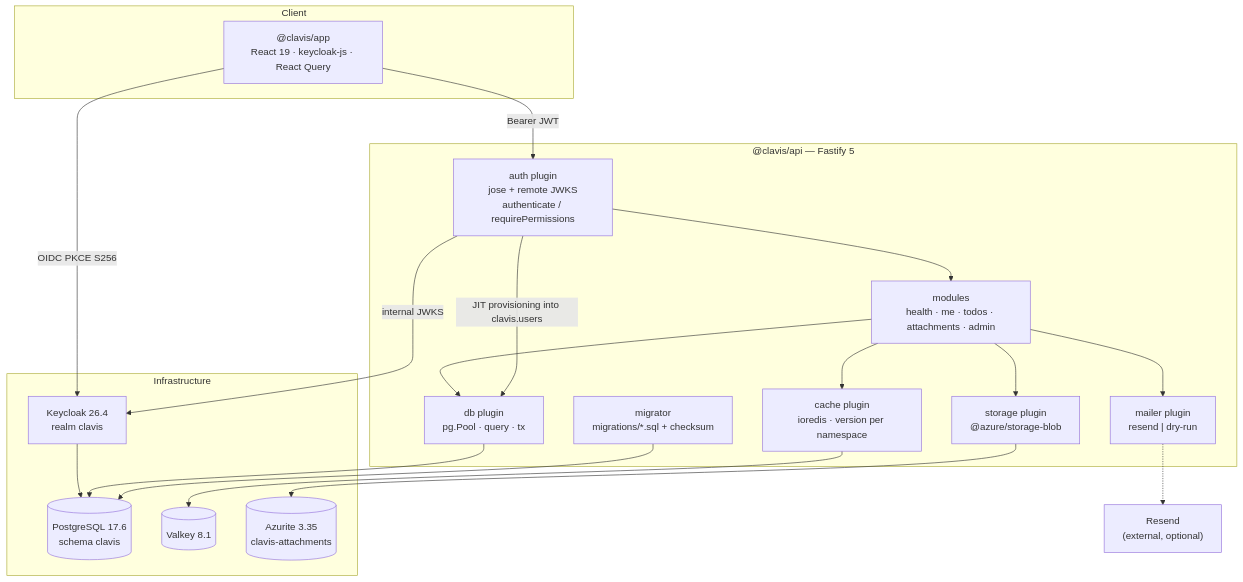
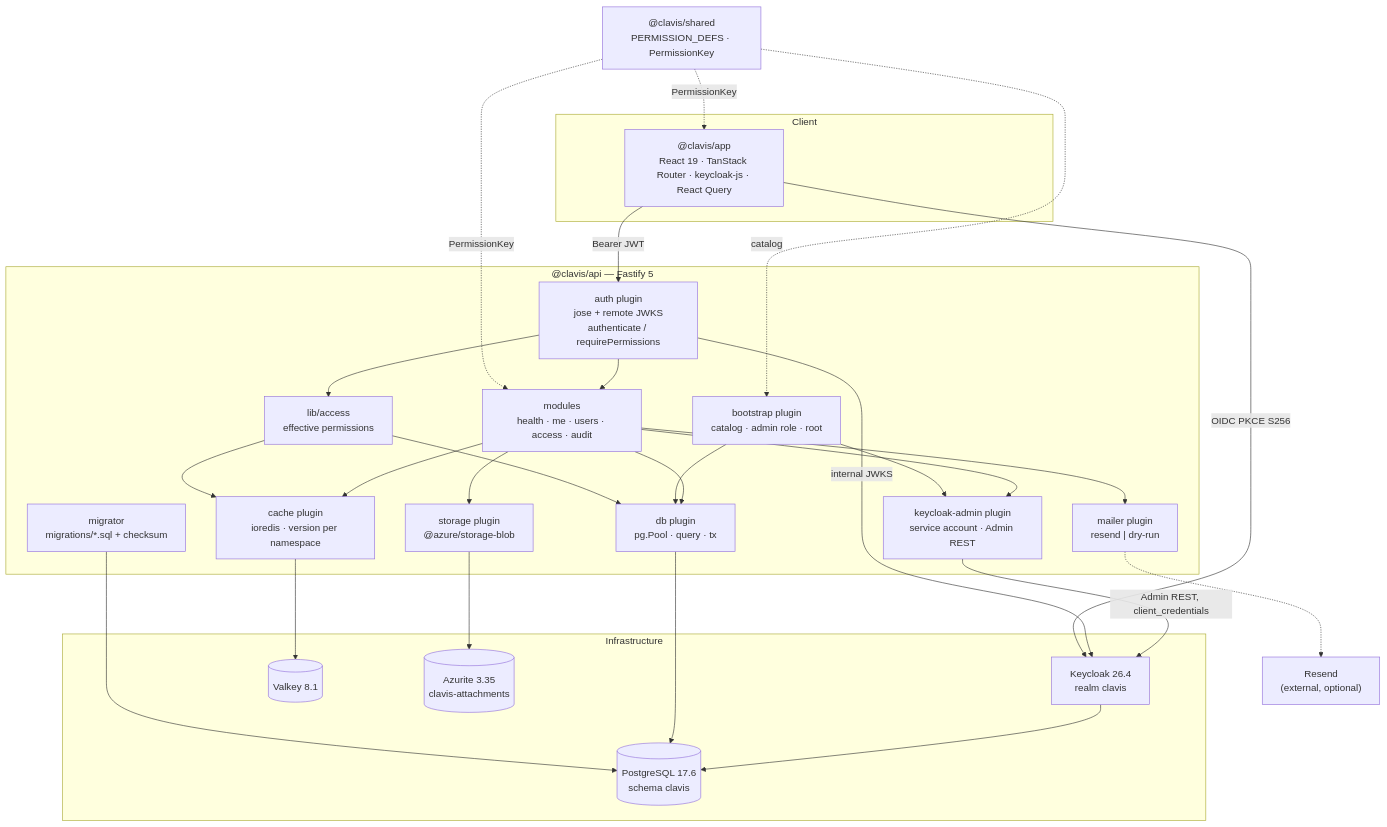
The first of 6 diagrams in docs/architecture.md (mapineda48/clavis), drawn with Mermaid before and after one commit. The commit also changed other lines of this file and 4 other files, not shown here.

````diff
--- a/docs/architecture.md
+++ b/docs/architecture.md
@@ -116,41 +149,55 @@
 ```mermaid
 flowchart TB
     subgraph client["Client"]
-        SPA["@clavis/app<br/>React 19 · keycloak-js · React Query"]
+        SPA["@clavis/app<br/>React 19 · TanStack Router · keycloak-js · React Query"]
     end
+
+    SH["@clavis/shared<br/>PERMISSION_DEFS · PermissionKey"]
 
     subgraph api["@clavis/api — Fastify 5"]
         AUTH["auth plugin<br/>jose + remote JWKS<br/>authenticate / requirePermissions"]
-        MOD["modules<br/>health · me · todos · attachments · admin"]
+        ACC["lib/access<br/>effective permissions"]
+        BOOT["bootstrap plugin<br/>catalog · admin role · root"]
+        KA["keycloak-admin plugin<br/>service account · Admin REST"]
+        MOD["modules<br/>health · me · users · access · audit"]
         DB["db plugin<br/>pg.Pool · query · tx"]
         CACHE["cache plugin<br/>ioredis · version per namespace"]
         STO["storage plugin<br/>@azure/storage-blob"]
         MAIL["mailer plugin<br/>resend | dry-run"]
         MIG["migrator<br/>migrations/*.sql + checksum"]
     end
 
     subgraph infra["Infrastructure"]
         KC["Keycloak 26.4<br/>realm clavis"]
         PG[("PostgreSQL 17.6<br/>schema clavis")]
         VK[("Valkey 8.1")]
         AZ[("Azurite 3.35<br/>clavis-attachments")]
     end
 
     RS["Resend<br/>(external, optional)"]
 
+    SH -.->|"PermissionKey"| SPA
+    SH -.->|"PermissionKey"| MOD
+    SH -.->|"catalog"| BOOT
     SPA -->|"OIDC PKCE S256"| KC
     SPA -->|"Bearer JWT"| AUTH
+    AUTH --> ACC
+    ACC --> CACHE
+    ACC --> DB
     AUTH --> MOD
     AUTH -->|"internal JWKS"| KC
-    AUTH -->|"JIT provisioning into clavis.users"| DB
+    BOOT --> DB
+    BOOT --> KA
+    MOD --> KA
+    KA -->|"Admin REST, client_credentials"| KC
     MOD --> DB
     MOD --> CACHE
+    MOD --> MAIL
     MOD --> STO
-    MOD --> MAIL
     MIG --> PG
     DB --> PG
     CACHE --> VK
     STO --> AZ
     MAIL -.-> RS
     KC --> PG
 ```
````
